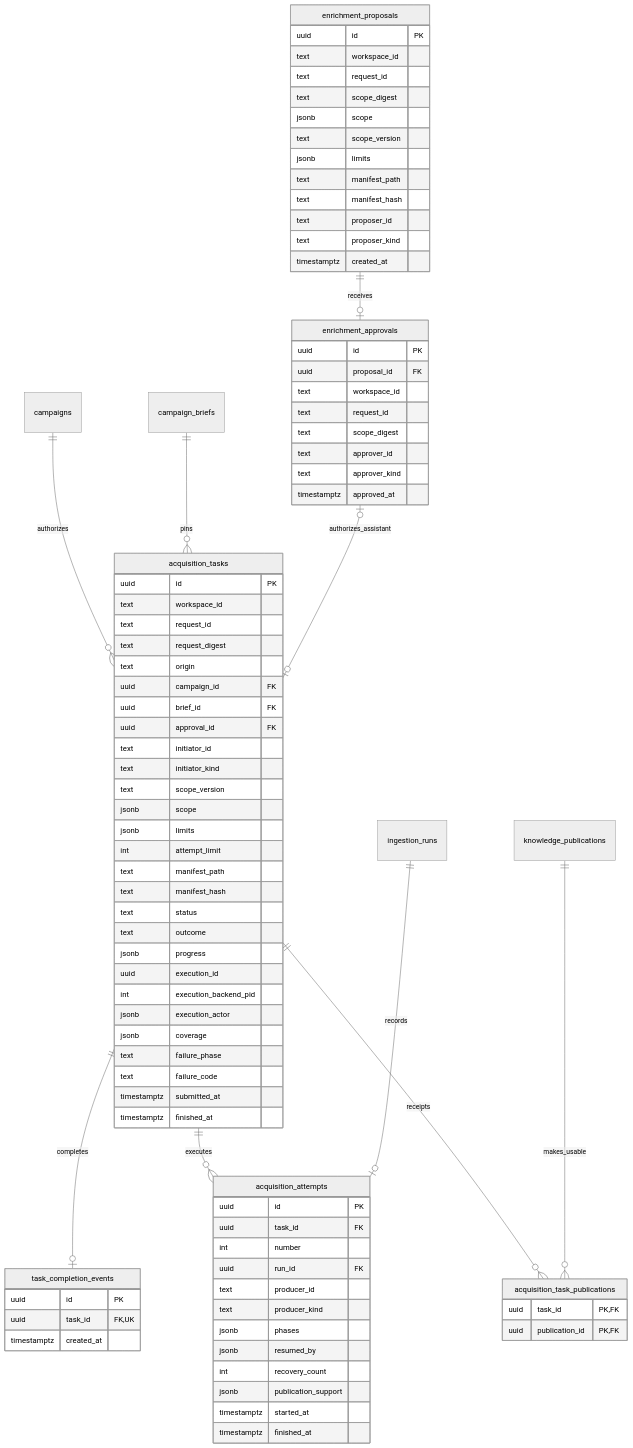
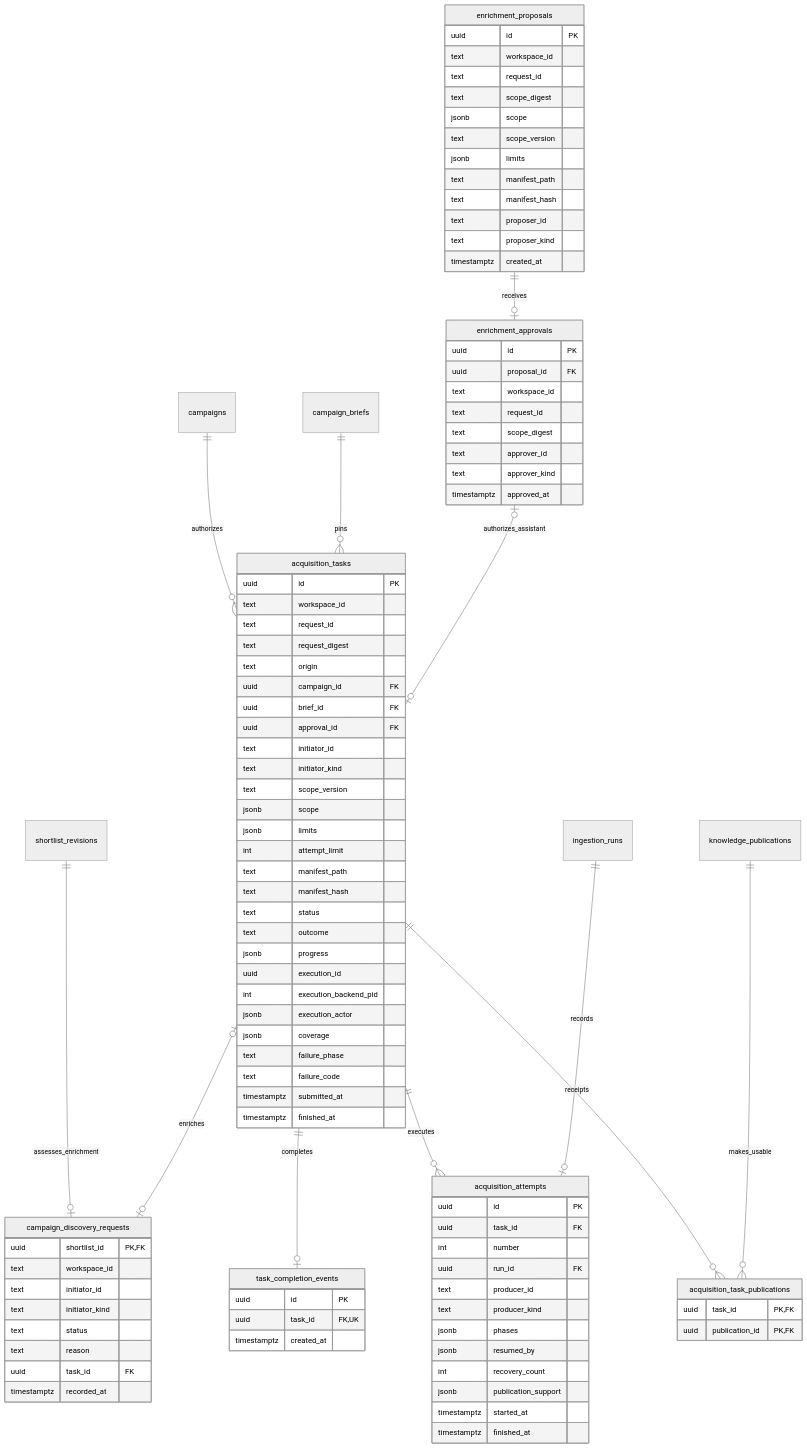
Before and after one commit to jinroylee/social-marketing-intelligence: the sixth of 8 diagrams in docs/data-model.md, drawn with Mermaid (neutral theme). The commit also changed other lines of this file and 27 other files, not shown here.

Commit message:
feat: queue bounded discovery for saved campaign coverage needs

````diff
--- a/docs/data-model.md
+++ b/docs/data-model.md
@@ -561,5 +562,7 @@
 ```mermaid
 erDiagram
+    shortlist_revisions ||--o| campaign_discovery_requests : assesses_enrichment
+    acquisition_tasks o|--o| campaign_discovery_requests : enriches
     campaigns ||--o{ acquisition_tasks : authorizes
     campaign_briefs ||--o{ acquisition_tasks : pins
     enrichment_proposals ||--o| enrichment_approvals : receives
@@ -569,6 +572,16 @@
     ingestion_runs ||--o| acquisition_attempts : records
     acquisition_tasks ||--o{ acquisition_task_publications : receipts
     knowledge_publications ||--o{ acquisition_task_publications : makes_usable
+    campaign_discovery_requests {
+        uuid shortlist_id PK, FK
+        text workspace_id
+        text initiator_id
+        text initiator_kind
+        text status
+        text reason
+        uuid task_id FK
+        timestamptz recorded_at
+    }
     enrichment_proposals {
         uuid id PK
         text workspace_id
````
